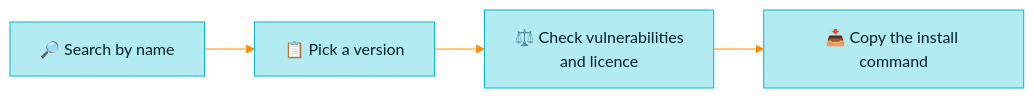
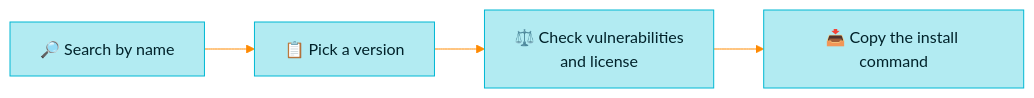
Before and after one commit to bhagatabhijeet/jfrog-knowledge-bundle: the diagram in artifactory-views/packages.md, drawn with Mermaid. The commit also changed other lines of this file and 22 other files, not shown here.

````diff
--- a/artifactory-views/packages.md
+++ b/artifactory-views/packages.md
@@ -126,7 +126,7 @@
 ```mermaid
 %%{init: {'theme':'base','themeVariables':{'primaryColor':'#B2EBF2','primaryBorderColor':'#00B8D4','primaryTextColor':'#00222A','lineColor':'#FF8A00','secondaryColor':'#C8E6C9','tertiaryColor':'#E0F7FA','noteBkgColor':'#FFE57F','noteTextColor':'#2B1B00','noteBorderColor':'#FFAB00'}}}%%
 flowchart LR
     A["🔎 Search by name"] --> B["📋 Pick a version"]
-    B --> C["⚖️ Check vulnerabilities<br/>and licence"]
+    B --> C["⚖️ Check vulnerabilities<br/>and license"]
     C --> D["📥 Copy the install command"]
 ```
````
